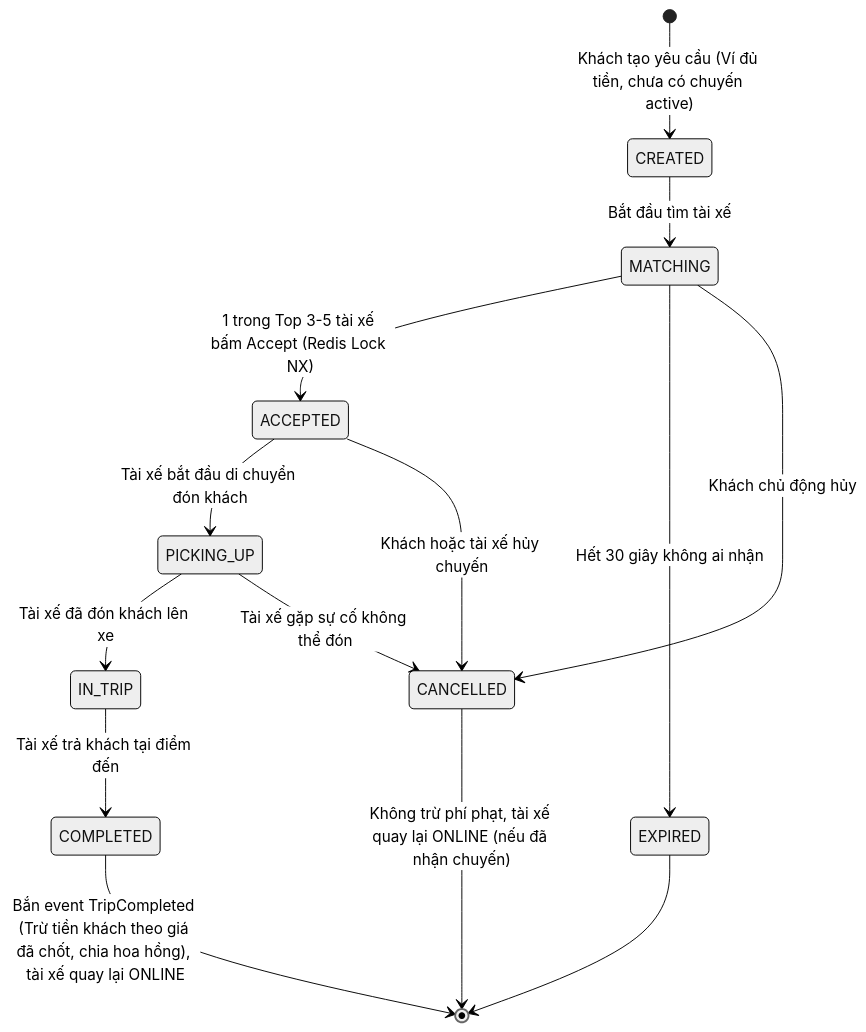
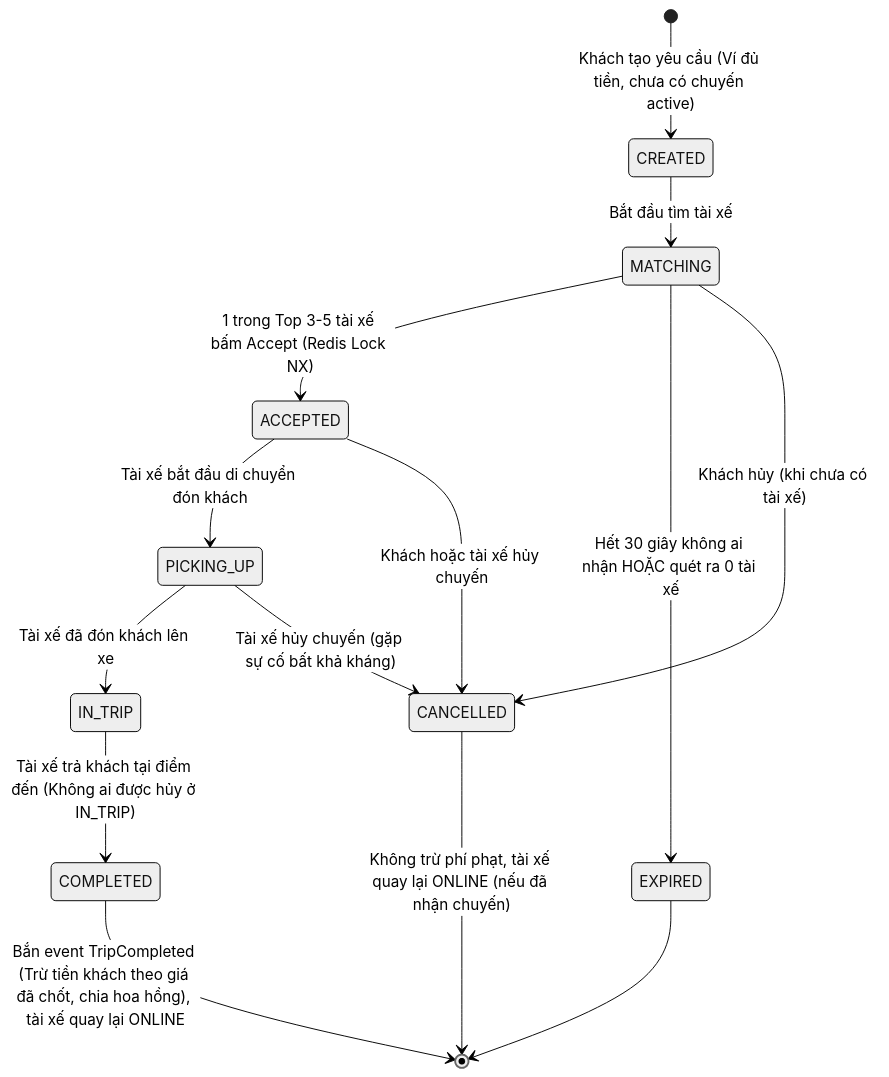
Before and after one commit to HaiTrieu186/JB-IOC-PTHB251125_BE105_Devops_Ride_Hailling: the diagram in docs/01-srs/srs.md, drawn with Mermaid (neutral theme). The commit also changed other lines of this file, not shown here.

````diff
--- a/docs/01-srs/srs.md
+++ b/docs/01-srs/srs.md
@@ -126,21 +132,21 @@
 ```mermaid
 stateDiagram-v2
     [*] --> CREATED: Khách tạo yêu cầu (Ví đủ tiền, chưa có chuyến active)
     CREATED --> MATCHING: Bắt đầu tìm tài xế
     
     MATCHING --> ACCEPTED: 1 trong Top 3-5 tài xế bấm Accept (Redis Lock NX)
-    MATCHING --> EXPIRED: Hết 30 giây không ai nhận
-    MATCHING --> CANCELLED: Khách chủ động hủy
+    MATCHING --> EXPIRED: Hết 30 giây không ai nhận HOẶC quét ra 0 tài xế
+    MATCHING --> CANCELLED: Khách hủy (khi chưa có tài xế)
     
     ACCEPTED --> PICKING_UP: Tài xế bắt đầu di chuyển đón khách
     ACCEPTED --> CANCELLED: Khách hoặc tài xế hủy chuyến
     
     PICKING_UP --> IN_TRIP: Tài xế đã đón khách lên xe
-    PICKING_UP --> CANCELLED: Tài xế gặp sự cố không thể đón
+    PICKING_UP --> CANCELLED: Tài xế hủy chuyến (gặp sự cố bất khả kháng)
     
-    IN_TRIP --> COMPLETED: Tài xế trả khách tại điểm đến
+    IN_TRIP --> COMPLETED: Tài xế trả khách tại điểm đến (Không ai được hủy ở IN_TRIP)
     
     COMPLETED --> [*]: Bắn event TripCompleted (Trừ tiền khách theo giá đã chốt, chia hoa hồng), tài xế quay lại ONLINE
     EXPIRED --> [*]
     CANCELLED --> [*]: Không trừ phí phạt, tài xế quay lại ONLINE (nếu đã nhận chuyến)
 ```
````
